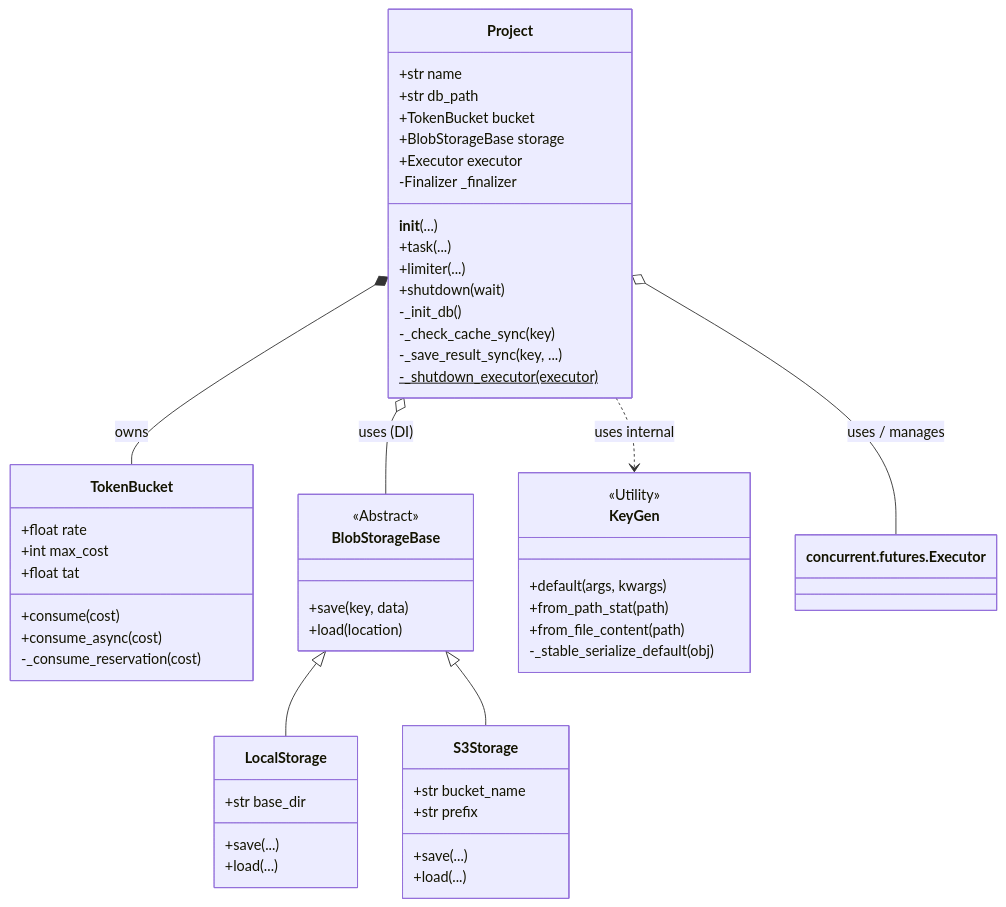
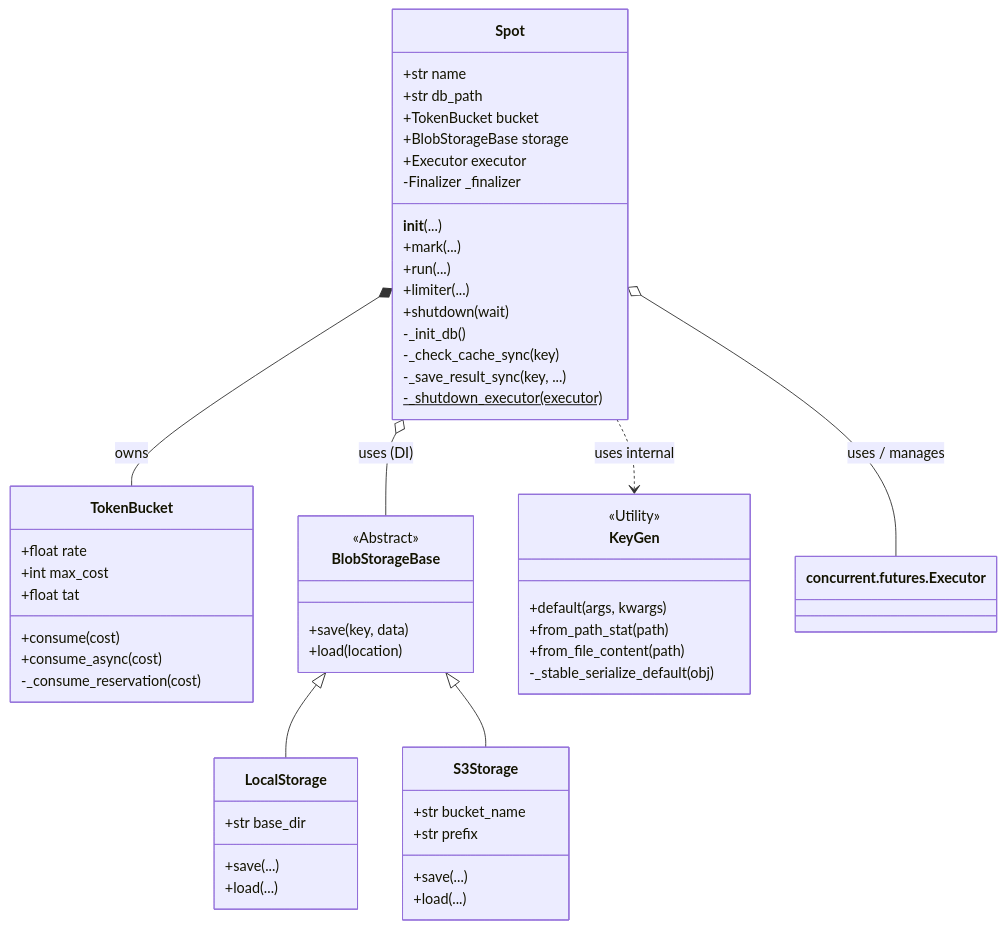
The second of 3 diagrams in docs/reference/architecture.md (neelbauman/beautyspot), drawn with Mermaid before and after one commit. The commit also changed other lines of this file and 2 other files, not shown here.

````diff
--- a/docs/reference/architecture.md
+++ b/docs/reference/architecture.md
@@ -71,62 +73,64 @@
 ```mermaid
 classDiagram
-    class Project {
+    class Spot {
         +str name
         +str db_path
         +TokenBucket bucket
         +BlobStorageBase storage
         +Executor executor
         -Finalizer _finalizer
         __init__(...)
-        +task(...)
+        +mark(...)
+        +run(...)
         +limiter(...)
         +shutdown(wait)
         -_init_db()
         -_check_cache_sync(key)
         -_save_result_sync(key, ...)
         -_shutdown_executor(executor)$
     }
 
     class TokenBucket {
         +float rate
         +int max_cost
         +float tat
         +consume(cost)
         +consume_async(cost)
         -_consume_reservation(cost)
     }
 
     class BlobStorageBase {
         <<Abstract>>
         +save(key, data)
         +load(location)
     }
 
     class LocalStorage {
         +str base_dir
         +save(...)
         +load(...)
     }
 
     class S3Storage {
         +str bucket_name
         +str prefix
         +save(...)
         +load(...)
     }
 
     class KeyGen {
         <<Utility>>
         +default(args, kwargs)
         +from_path_stat(path)
         +from_file_content(path)
         -_stable_serialize_default(obj)
     }
 
-    Project *-- TokenBucket : owns
-    Project o-- BlobStorageBase : uses (DI)
-    Project o-- concurrent.futures.Executor : uses / manages
+    Spot *-- TokenBucket : owns
+    Spot o-- BlobStorageBase : uses (DI)
+    Spot o-- concurrent.futures.Executor : uses / manages
     BlobStorageBase <|-- LocalStorage
     BlobStorageBase <|-- S3Storage
-    Project ..> KeyGen : uses internal
+    Spot ..> KeyGen : uses internal
+
 ```
````
